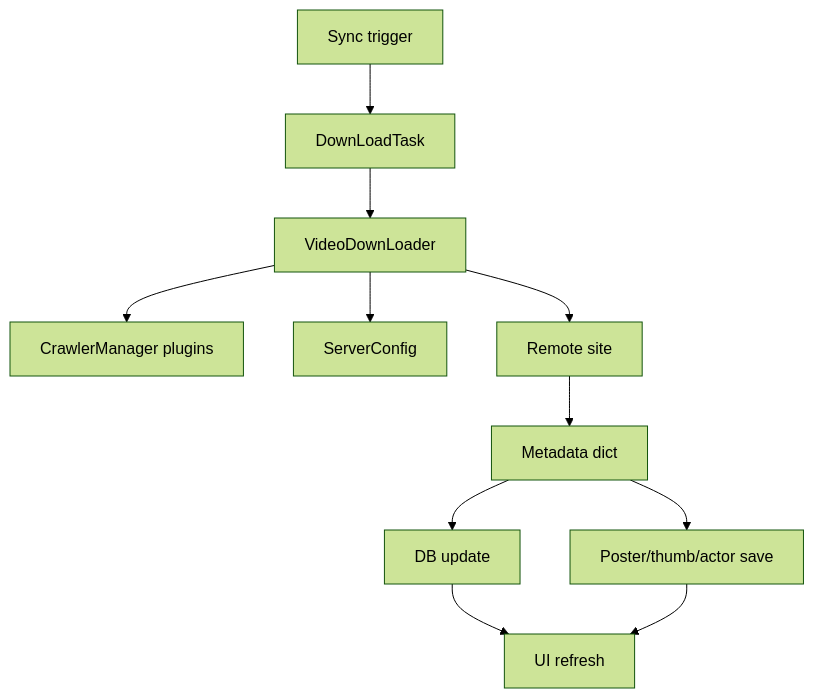
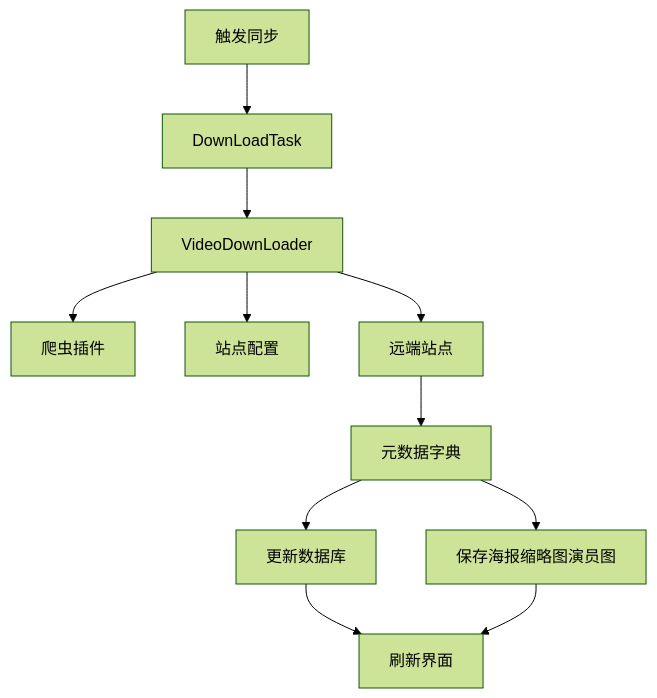
One commit to spartawhy117/Jvedio changed the diagram in doc/assets/diagrams/sync-flow.mmd. Above: the diagram before and after it, drawn with Mermaid (forest theme). The commit also changed 27 other files, not shown here.

```diff
--- a/doc/assets/diagrams/sync-flow.mmd
+++ b/doc/assets/diagrams/sync-flow.mmd
@@ -1,11 +1,11 @@
 flowchart TD
-    A[Sync trigger] --> B[DownLoadTask]
+    A[触发同步] --> B[DownLoadTask]
     B --> C[VideoDownLoader]
-    C --> D[CrawlerManager plugins]
-    C --> E[ServerConfig]
-    C --> F[Remote site]
-    F --> G[Metadata dict]
-    G --> H[DB update]
-    G --> I[Poster/thumb/actor save]
-    H --> J[UI refresh]
+    C --> D[爬虫插件]
+    C --> E[站点配置]
+    C --> F[远端站点]
+    F --> G[元数据字典]
+    G --> H[更新数据库]
+    G --> I[保存海报缩略图演员图]
+    H --> J[刷新界面]
     I --> J
```
